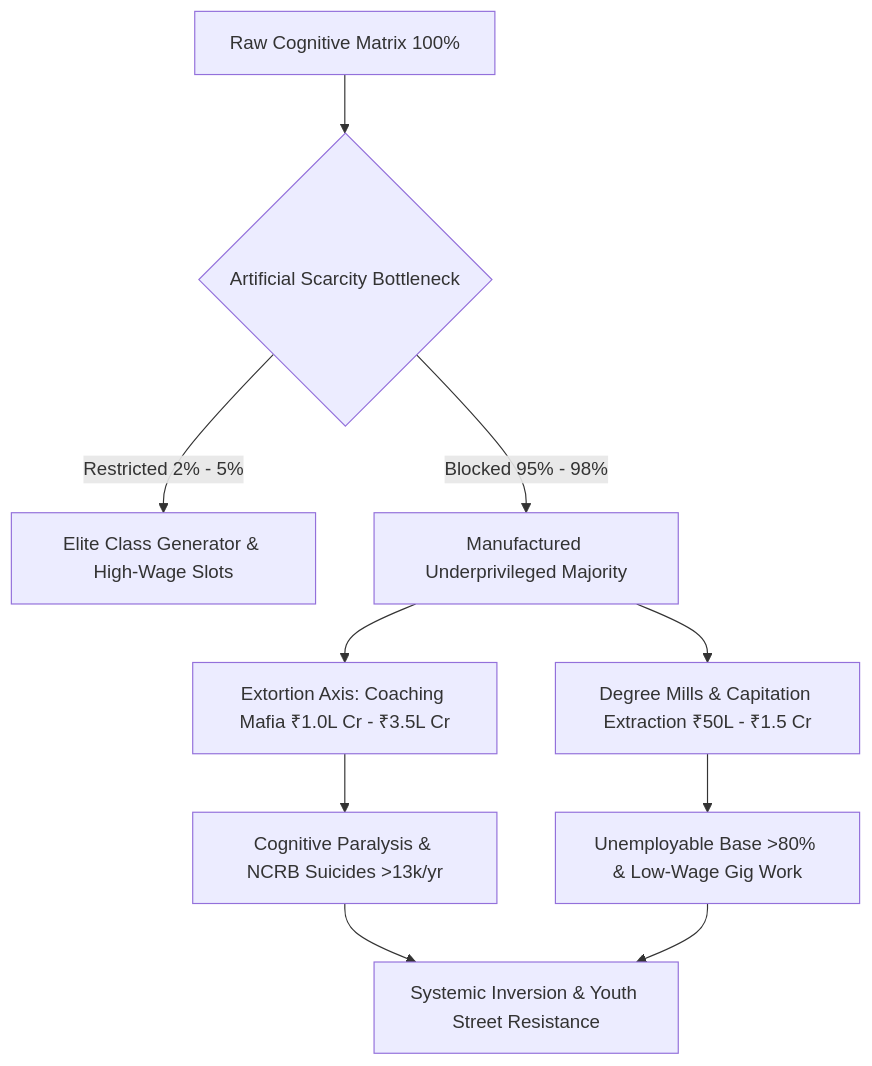
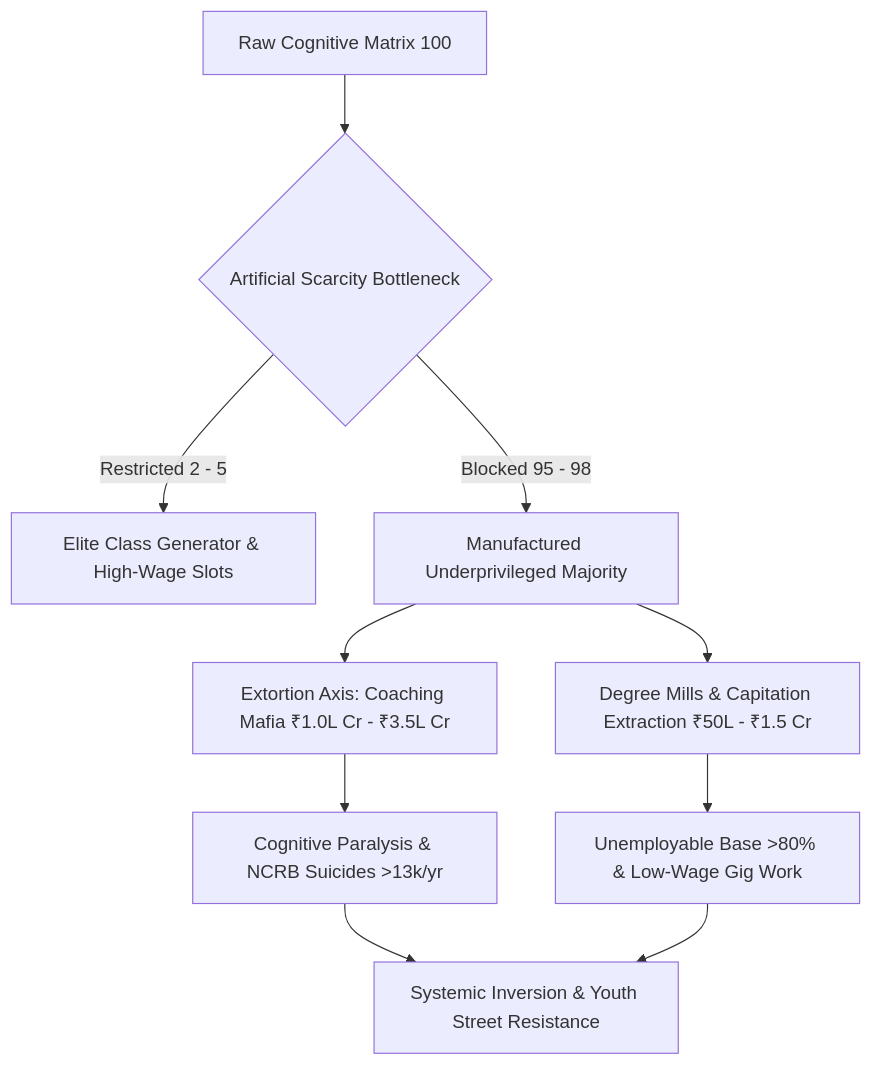
The diagram in published/test_2.md (justicephysics/Nalanda), drawn with Mermaid before and after one commit.

````diff
--- a/published/test_2.md
+++ b/published/test_2.md
@@ -33,12 +33,12 @@
 ```mermaid
 graph TD
-    A[Raw Cognitive Matrix 100%] --> B{Artificial Scarcity Bottleneck}
-    B -->|Restricted 2% - 5%| C[Elite Class Generator & High-Wage Slots]
-    B -->|Blocked 95% - 98%| D[Manufactured Underprivileged Majority]
+    A[Raw Cognitive Matrix 100] --> B{Artificial Scarcity Bottleneck}
+    B -->|Restricted 2 - 5| C[Elite Class Generator & High-Wage Slots]
+    B -->|Blocked 95 - 98| D[Manufactured Underprivileged Majority]
     D --> E[Extortion Axis: Coaching Mafia ₹1.0L Cr - ₹3.5L Cr]
     D --> F[Degree Mills & Capitation Extraction ₹50L - ₹1.5 Cr]
     E --> G[Cognitive Paralysis & NCRB Suicides >13k/yr]
     F --> H[Unemployable Base >80% & Low-Wage Gig Work]
     G --> I[Systemic Inversion & Youth Street Resistance]
     H --> I
 ```
````
